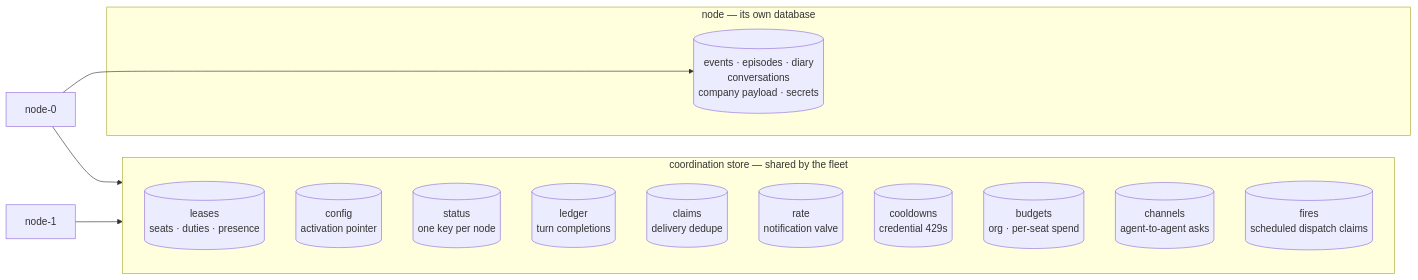
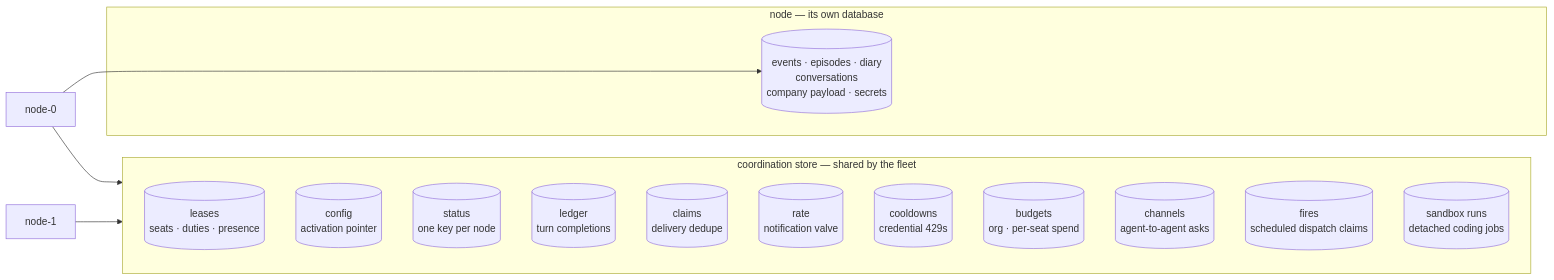
The diagram in docs/concepts/coordination.md (crewlet/crewlet), drawn with Mermaid before and after one commit. The commit also changed other lines of this file and 29 other files, not shown here.

````diff
--- a/docs/concepts/coordination.md
+++ b/docs/concepts/coordination.md
@@ -38,21 +38,22 @@
 ```mermaid
 flowchart LR
     subgraph COORD["coordination store — shared by the fleet"]
         L[("leases<br/>seats · duties · presence")]
         C[("config<br/>activation pointer")]
         S[("status<br/>one key per node")]
         LG[("ledger<br/>turn completions")]
         CL[("claims<br/>delivery dedupe")]
         R[("rate<br/>notification valve")]
         CD[("cooldowns<br/>credential 429s")]
         B[("budgets<br/>org · per-seat spend")]
         CH[("channels<br/>agent-to-agent asks")]
         F[("fires<br/>scheduled dispatch claims")]
+        SR[("sandbox runs<br/>detached coding jobs")]
     end
     subgraph NODE["node — its own database"]
         DB[("events · episodes · diary<br/>conversations<br/>company payload · secrets")]
     end
     N1["node-0"] --> COORD
     N2["node-1"] --> COORD
     N1 --> DB
 ```
````
